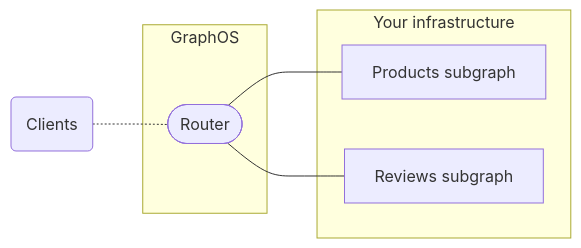
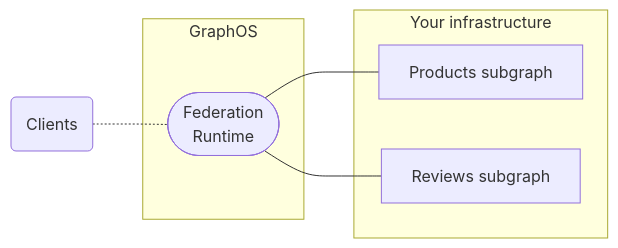
The third of 5 diagrams in src/content/graphos/basics/graphs/index.mdx (apollographql/docs), drawn with Mermaid before and after one commit. The commit also changed other lines of this file and 4 other files, not shown here.

````diff
--- a/src/content/graphos/basics/graphs/index.mdx
+++ b/src/content/graphos/basics/graphs/index.mdx
@@ -132,14 +132,14 @@
 ```mermaid
 flowchart LR;
   clients(Clients);
   subgraph "GraphOS";
-  router(["Router"]);
+  runtime(["Federation<br/>Runtime"]);
   end;
   subgraph "Your infrastructure";
   products[Products subgraph];
   reviews[Reviews subgraph]
-  router --- products & reviews
+  runtime --- products & reviews
   end;
-  clients -.- router;
+  clients -.- runtime;
   class clients secondary;
 ```
````
